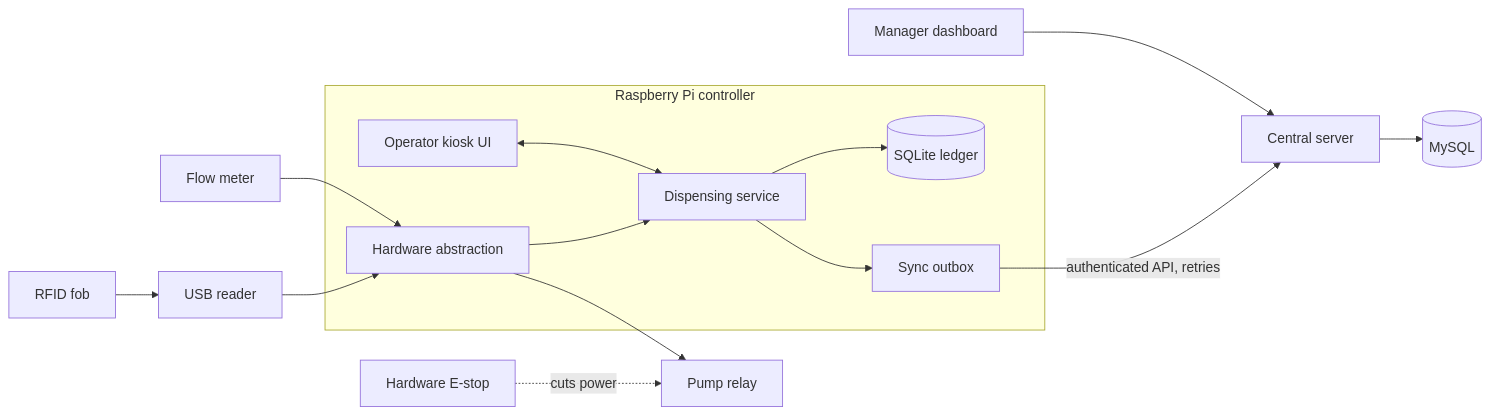
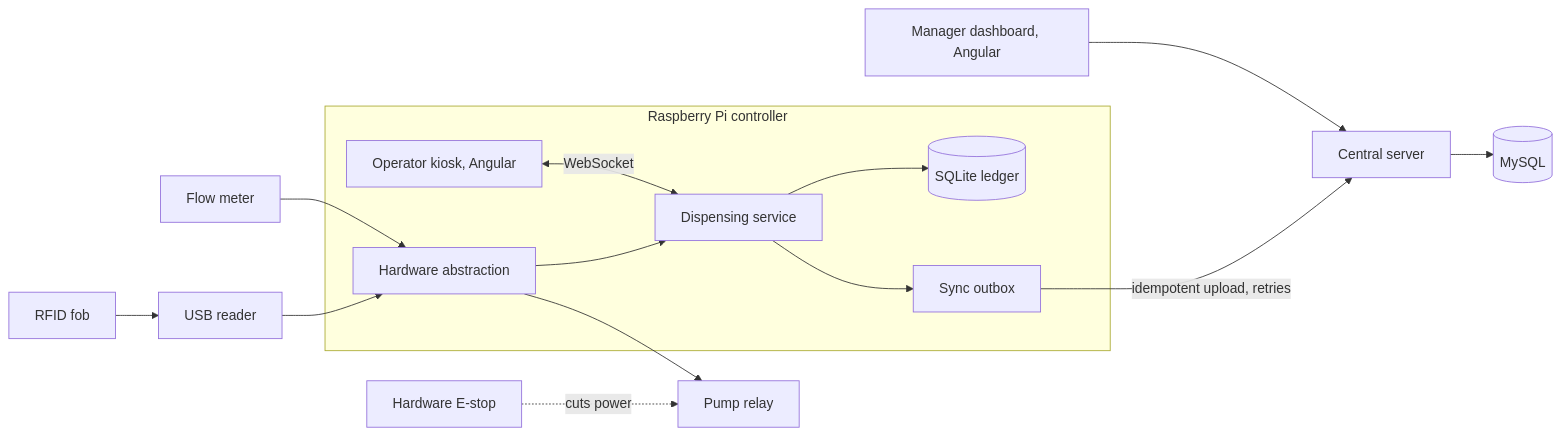
One commit to DavidEspinosa42/agriflow changed the diagram in README.md. Above: the diagram before and after it, drawn with Mermaid. The commit also changed other lines of this file and 9 other files, not shown here.

Commit message:
docs: add screenshots, architecture diagram and ci workflow

````diff
--- a/README.md
+++ b/README.md
@@ -15,17 +30,17 @@
 ```mermaid
 flowchart LR
   Fob[RFID fob] --> Reader[USB reader]
   Reader --> HAL
   subgraph Pi[Raspberry Pi controller]
     HAL[Hardware abstraction] --> Svc[Dispensing service]
     Svc --> SQLite[(SQLite ledger)]
     Svc --> Outbox[Sync outbox]
-    UI[Operator kiosk UI] <--> Svc
+    Kiosk[Operator kiosk, Angular] <-- WebSocket --> Svc
   end
   HAL --> Relay[Pump relay]
   Meter[Flow meter] --> HAL
   Estop[Hardware E-stop] -. cuts power .-> Relay
-  Outbox -- authenticated API, retries --> API[Central server]
+  Outbox -- "idempotent upload, retries" --> API[Central server]
   API --> MySQL[(MySQL)]
-  Dash[Manager dashboard] --> API
+  Dash[Manager dashboard, Angular] --> API
 ```
````
